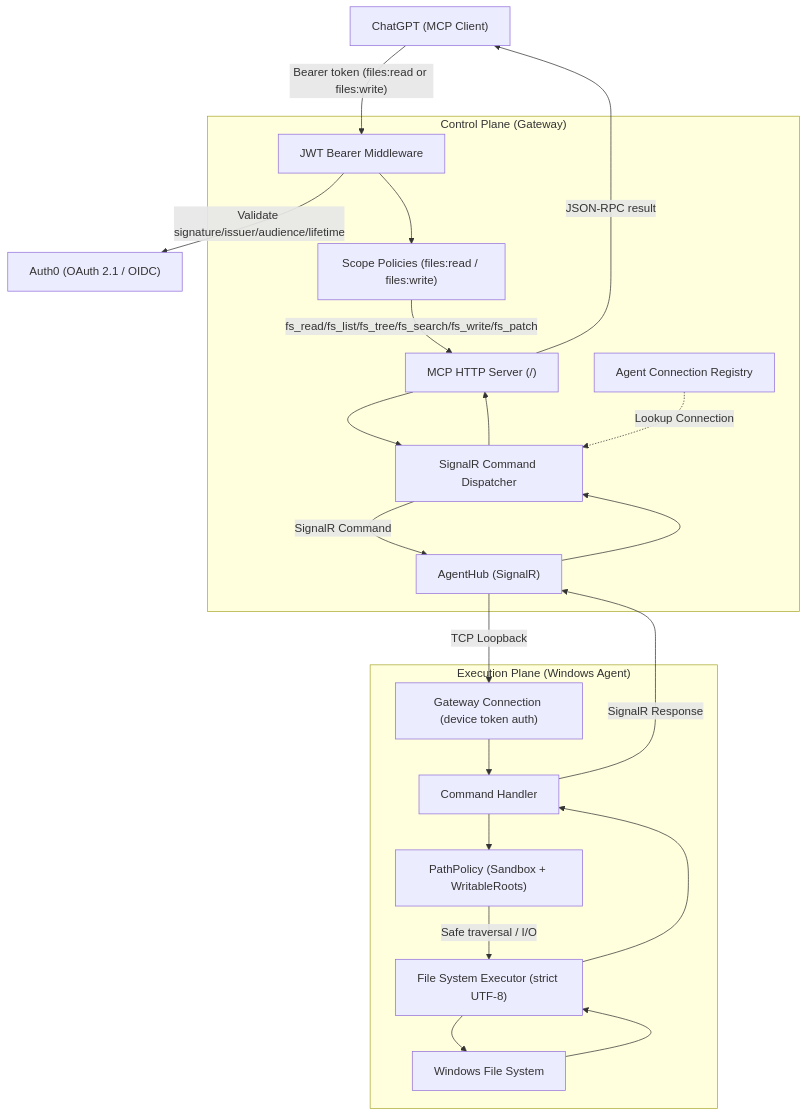
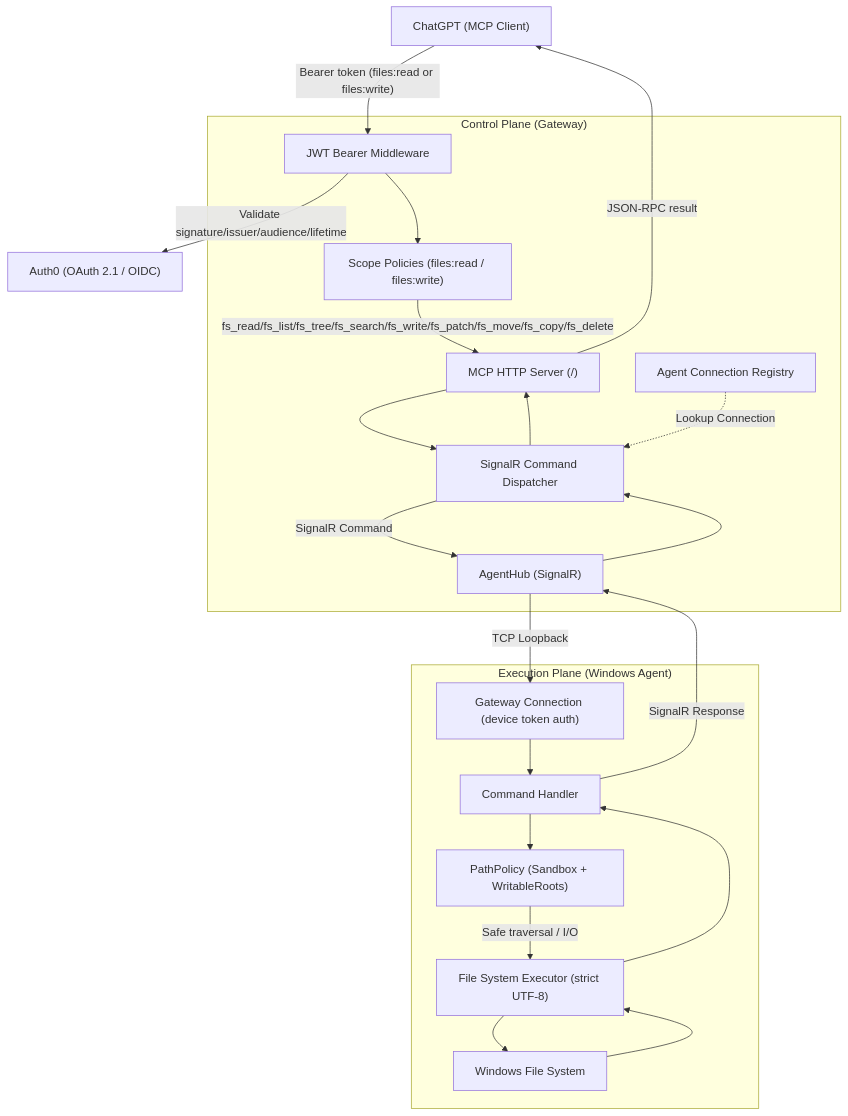
Before and after one commit to thanhdiner/Agent-Bridge: the diagram in README.md, drawn with Mermaid. The commit also changed other lines of this file and 14 other files, not shown here.

````diff
--- a/README.md
+++ b/README.md
@@ -9,41 +9,41 @@
 ```mermaid
 graph TD
     Client["ChatGPT (MCP Client)"]
     Auth0["Auth0 (OAuth 2.1 / OIDC)"]
 
     subgraph ControlPlane["Control Plane (Gateway)"]
         McpServer["MCP HTTP Server (/)"]
         Registry["Agent Connection Registry"]
         Dispatcher["SignalR Command Dispatcher"]
         Hub["AgentHub (SignalR)"]
         JwtMiddleware["JWT Bearer Middleware"]
         ScopePolicies["Scope Policies (files:read / files:write)"]
     end
 
     subgraph ExecutionPlane["Execution Plane (Windows Agent)"]
         Conn["Gateway Connection (device token auth)"]
         Handler["Command Handler"]
         Sandbox["PathPolicy (Sandbox + WritableRoots)"]
         Executor["File System Executor (strict UTF-8)"]
         Disk["Windows File System"]
     end
 
     Client -->|"Bearer token (files:read or files:write)"| JwtMiddleware
     JwtMiddleware -->|Validate signature/issuer/audience/lifetime| Auth0
     JwtMiddleware --> ScopePolicies
-    ScopePolicies -->|fs_read/fs_list/fs_tree/fs_search/fs_write/fs_patch| McpServer
+    ScopePolicies -->|fs_read/fs_list/fs_tree/fs_search/fs_write/fs_patch/fs_move/fs_copy/fs_delete| McpServer
     McpServer --> Dispatcher
     Registry -.->|Lookup Connection| Dispatcher
     Dispatcher -->|SignalR Command| Hub
     Hub -->|TCP Loopback| Conn
     Conn --> Handler
     Handler --> Sandbox
     Sandbox -->|Safe traversal / I/O| Executor
     Executor --> Disk
     Disk --> Executor
     Executor --> Handler
     Handler -->|SignalR Response| Hub
     Hub --> Dispatcher
     Dispatcher --> McpServer
     McpServer -->|JSON-RPC result| Client
 ```
````
